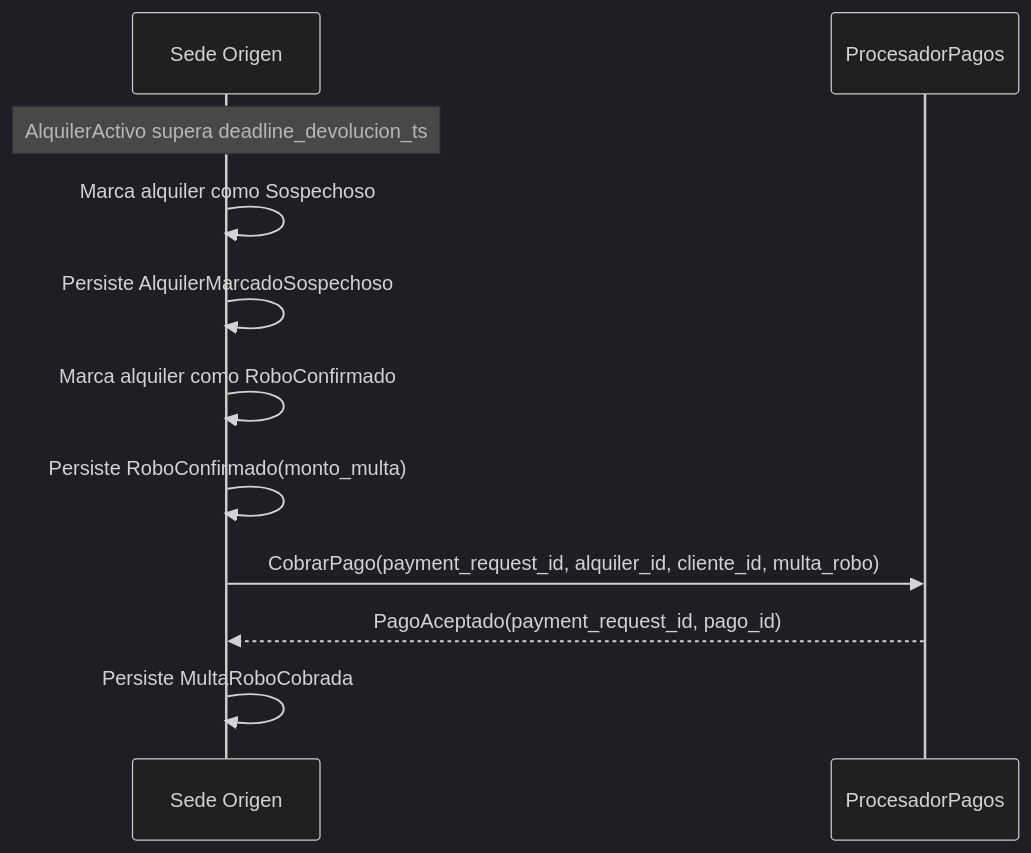
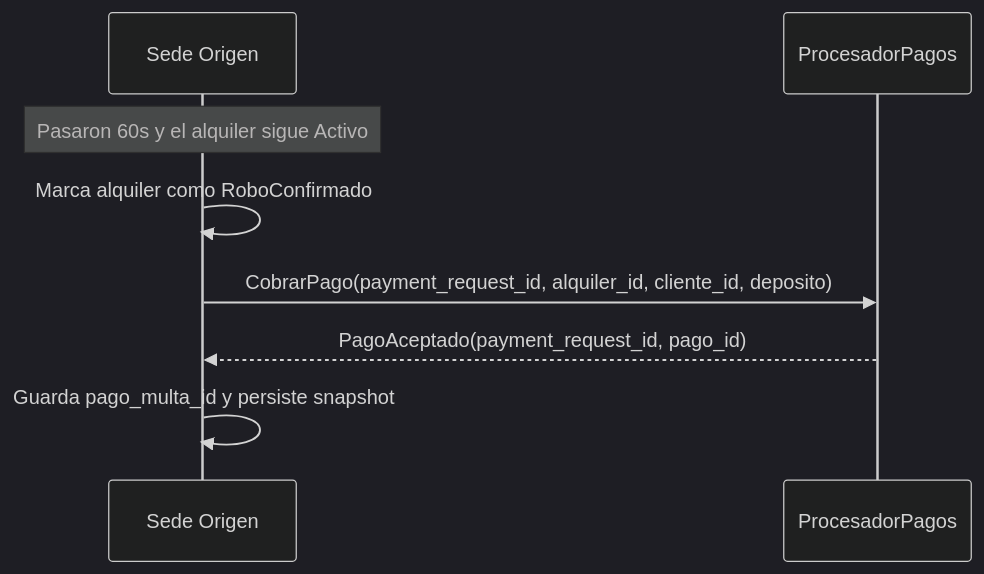
One commit to Jmenechian/distributed-bike-sharing changed diagram 12 of 14 in README.md. Above: the diagram before and after it, drawn with Mermaid (dark theme). The commit also changed other lines of this file, not shown here.

````diff
--- a/README.md
+++ b/README.md
@@ -1428,14 +1213,11 @@
 ```mermaid
 sequenceDiagram
     participant SedeOrigen as Sede Origen
     participant ProcesadorPagos
 
-    Note over SedeOrigen: AlquilerActivo supera deadline_devolucion_ts
-    SedeOrigen->>SedeOrigen: Marca alquiler como Sospechoso
-    SedeOrigen->>SedeOrigen: Persiste AlquilerMarcadoSospechoso
+    Note over SedeOrigen: Pasaron 60s y el alquiler sigue Activo
     SedeOrigen->>SedeOrigen: Marca alquiler como RoboConfirmado
-    SedeOrigen->>SedeOrigen: Persiste RoboConfirmado(monto_multa)
-    SedeOrigen->>ProcesadorPagos: CobrarPago(payment_request_id, alquiler_id, cliente_id, multa_robo)
+    SedeOrigen->>ProcesadorPagos: CobrarPago(payment_request_id, alquiler_id, cliente_id, deposito)
     ProcesadorPagos-->>SedeOrigen: PagoAceptado(payment_request_id, pago_id)
-    SedeOrigen->>SedeOrigen: Persiste MultaRoboCobrada
+    SedeOrigen->>SedeOrigen: Guarda pago_multa_id y persiste snapshot
 ```
````
